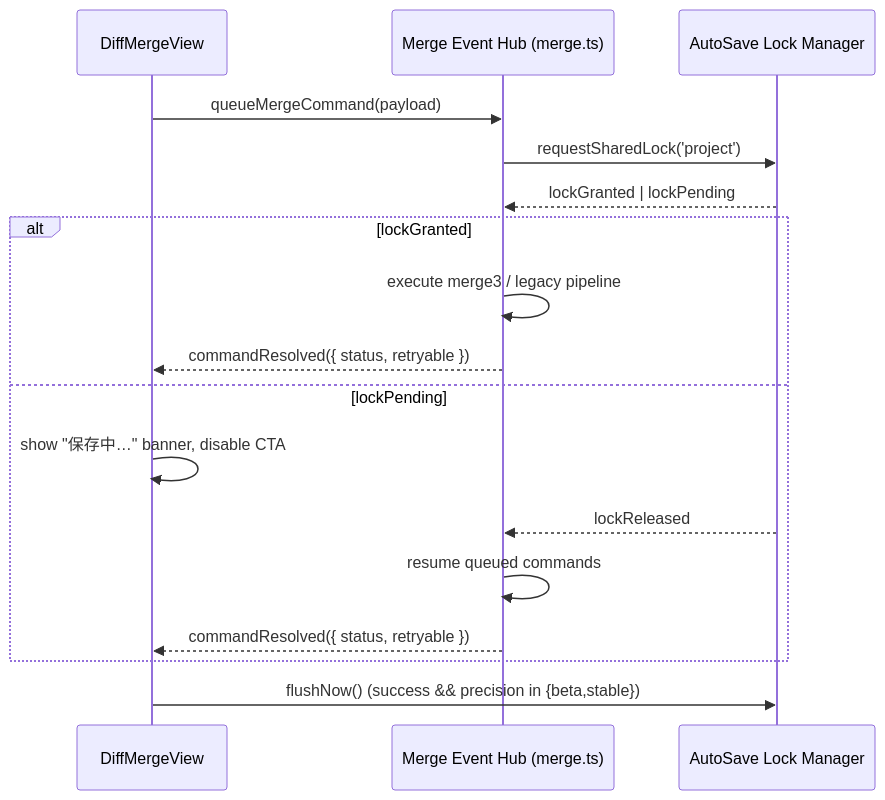
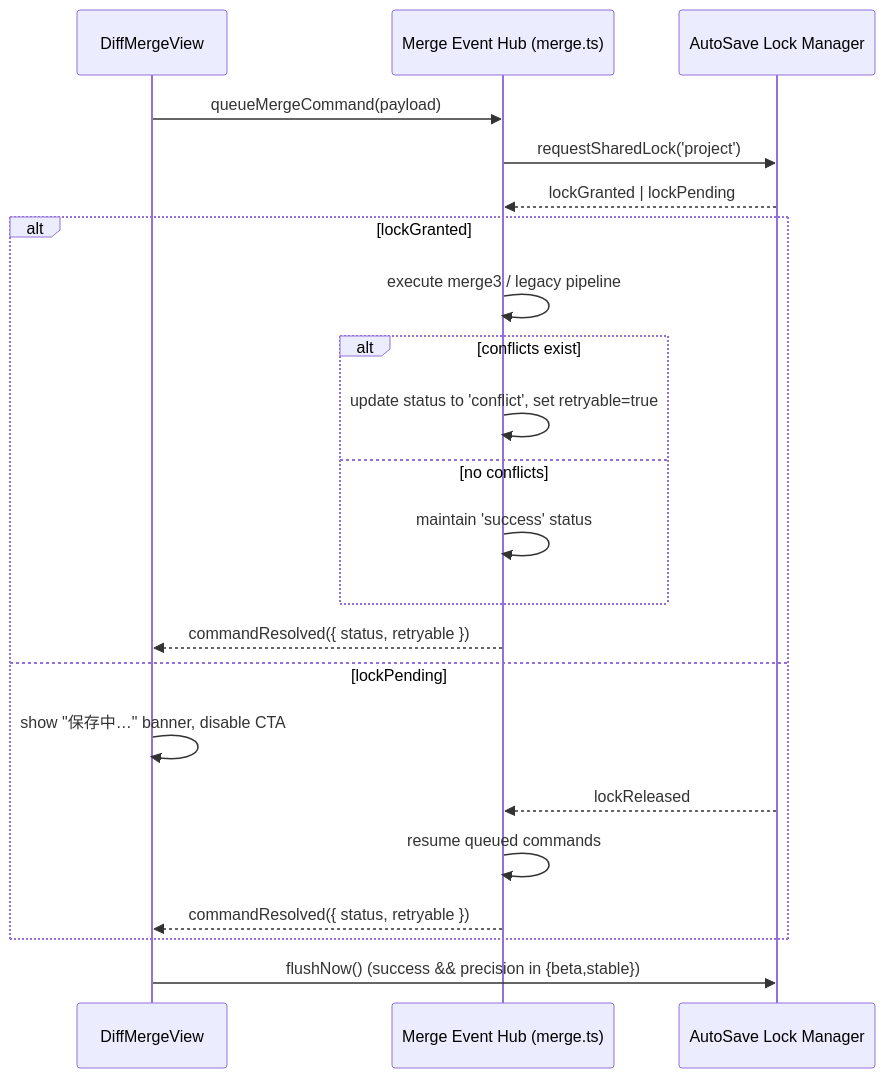
Before and after one commit to RNA4219/Conimgponic: the third of 3 diagrams in docs/MERGE-DESIGN-IMPL.md, drawn with Mermaid. The commit also changed other lines of this file and 2 other files, not shown here.

````diff
--- a/docs/MERGE-DESIGN-IMPL.md
+++ b/docs/MERGE-DESIGN-IMPL.md
@@ -192,19 +192,24 @@
 ```mermaid
 sequenceDiagram
     participant UI as DiffMergeView
     participant Hub as Merge Event Hub (merge.ts)
     participant AutoSave as AutoSave Lock Manager
     UI->>Hub: queueMergeCommand(payload)
     Hub->>AutoSave: requestSharedLock('project')
     AutoSave-->>Hub: lockGranted | lockPending
     alt lockGranted
         Hub->>Hub: execute merge3 / legacy pipeline
+        alt conflicts exist
+            Hub->>Hub: update status to 'conflict', set retryable=true
+        else no conflicts
+            Hub->>Hub: maintain 'success' status
+        end
         Hub-->>UI: commandResolved({ status, retryable })
     else lockPending
         UI->>UI: show "保存中…" banner, disable CTA
         AutoSave-->>Hub: lockReleased
         Hub->>Hub: resume queued commands
         Hub-->>UI: commandResolved({ status, retryable })
     end
     UI->>AutoSave: flushNow() (success && precision in {beta,stable})
 ```
````
